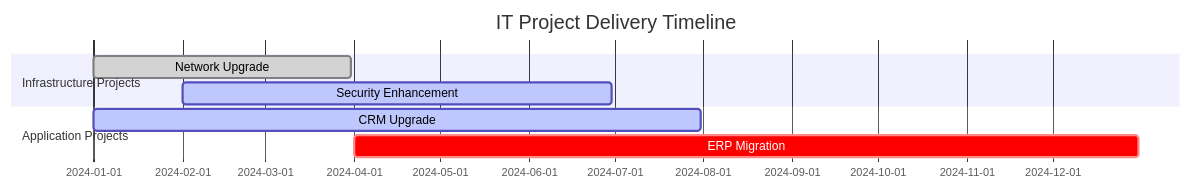
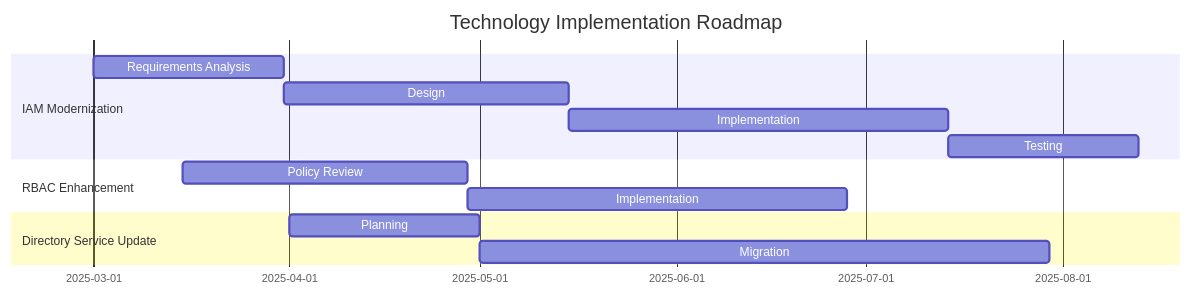
Before and after one commit to thoughtful-solutions/enterprise-architecture: the fifth of 5 diagrams in dashboard-ideas.md, drawn with Mermaid. The commit also changed other lines of this file, not shown here.

````diff
--- a/dashboard-ideas.md
+++ b/dashboard-ideas.md
@@ -253,11 +177,18 @@
 ```mermaid
 gantt
-    title IT Project Delivery Timeline
-    dateFormat YYYY-MM-DD
-    section Infrastructure Projects
-    Network Upgrade    :done, net1, 2024-01-01, 2024-03-31
-    Security Enhancement :active, sec1, 2024-02-01, 2024-06-30
-    section Application Projects
-    CRM Upgrade        :active, crm1, 2024-01-01, 2024-07-31
-    ERP Migration      :crit, erp1, 2024-04-01, 2024-12-31
+    title Technology Implementation Roadmap
+    dateFormat  YYYY-MM-DD
+    section IAM Modernization
+    Requirements Analysis    :a1, 2025-03-01, 30d
+    Design                  :a2, after a1, 45d
+    Implementation         :a3, after a2, 60d
+    Testing                :a4, after a3, 30d
+    
+    section RBAC Enhancement
+    Policy Review          :b1, 2025-03-15, 45d
+    Implementation        :b2, after b1, 60d
+    
+    section Directory Service Update
+    Planning              :c1, 2025-04-01, 30d
+    Migration            :c2, after c1, 90d
 ```
````
